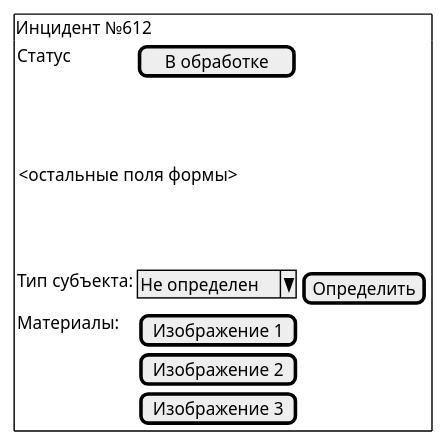
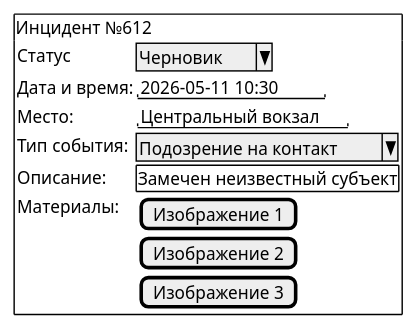
One commit to Andryss/AIMS changed the second of 3 diagrams in use-cases/UC1/UI.md. Above: the diagram before and after it, drawn with PlantUML. The commit also changed other lines of this file and 1 other file, not shown here.

````diff
--- a/use-cases/UC1/UI.md
+++ b/use-cases/UC1/UI.md
@@ -24,27 +24,21 @@
 ```plantuml
 @startsalt
 {+ 
     Инцидент №612
     {
-        Статус | [ В обработке ]
-        {
-            .
-            .
-            .
-            <остальные поля формы> 
-            .
-            .
-            .
-        } | *
-        Тип субъекта: | {
-            ^Не определен^ | [Определить]
+        Статус | ^ Черновик ^
+        Дата и время: | "2026-05-11 10:30"
+        Место: | "Центральный вокзал"
+        Тип события: | ^Подозрение на контакт^
+        Описание: | {+
+           Замечен неизвестный субъект
         }
         Материалы: | {
             [Изображение 1]
             [Изображение 2]
             [Изображение 3]
         }
     }
 }
 @endsalt
 ```
````
